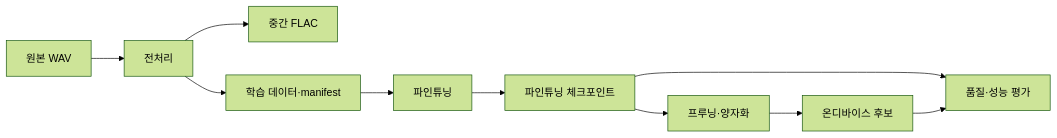
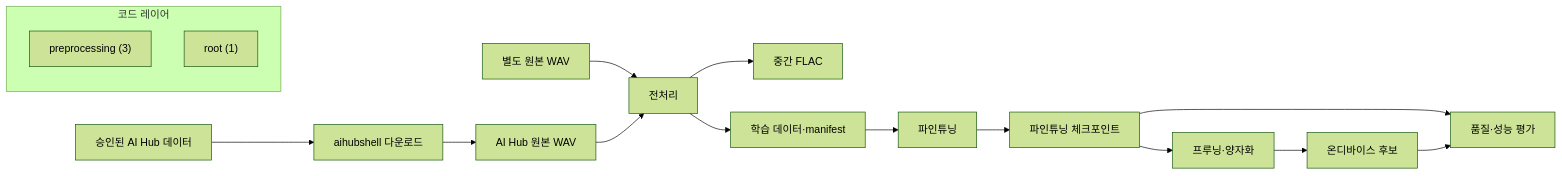
One commit to GracieRho/KoF5-TTS-delirium changed the diagram in architecture/generated/project-map.md. Above: the diagram before and after it, drawn with Mermaid (forest theme). The commit also changed other lines of this file and 26 other files, not shown here.

First line of the commit message:
feat: add AI Hub preprocessing pipeline

````diff
--- a/architecture/generated/project-map.md
+++ b/architecture/generated/project-map.md
@@ -5,12 +5,20 @@
 ```mermaid
 flowchart LR
-  raw["원본 WAV"] --> preprocess["전처리"]
+  aihub["승인된 AI Hub 데이터"] --> download["aihubshell 다운로드"]
+  download --> raw["AI Hub 원본 WAV"]
+  local["별도 원본 WAV"] --> preprocess["전처리"]
+  raw --> preprocess
   preprocess --> flac["중간 FLAC"]
   preprocess --> processed["학습 데이터·manifest"]
   processed --> finetune["파인튜닝"]
   finetune --> tuned["파인튜닝 체크포인트"]
   tuned --> optimize["프루닝·양자화"]
   optimize --> device["온디바이스 후보"]
   tuned --> evaluate["품질·성능 평가"]
   device --> evaluate
+
+  subgraph code["코드 레이어"]
+    layer_preprocessing["preprocessing (3)"]
+    layer_root["root (1)"]
+  end
 ```
````
